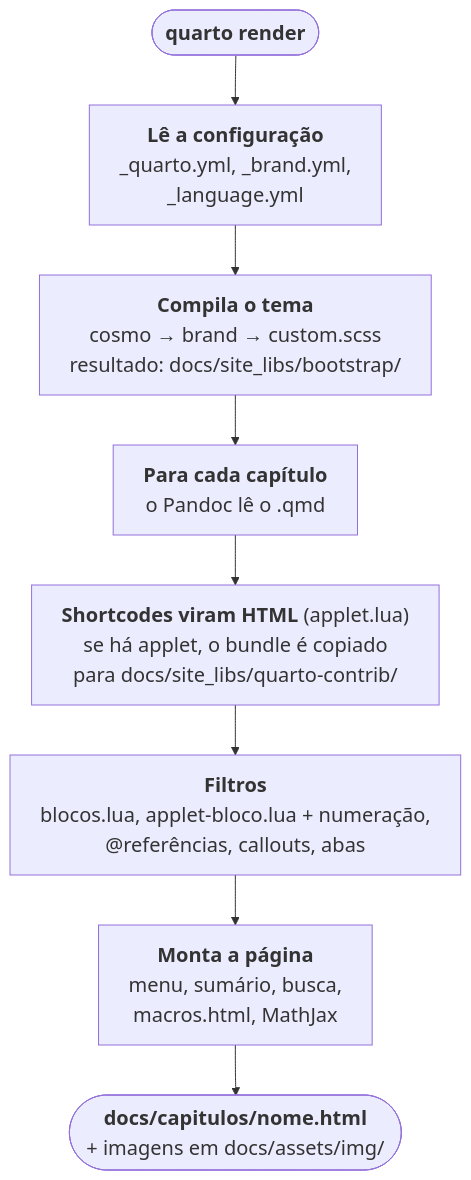
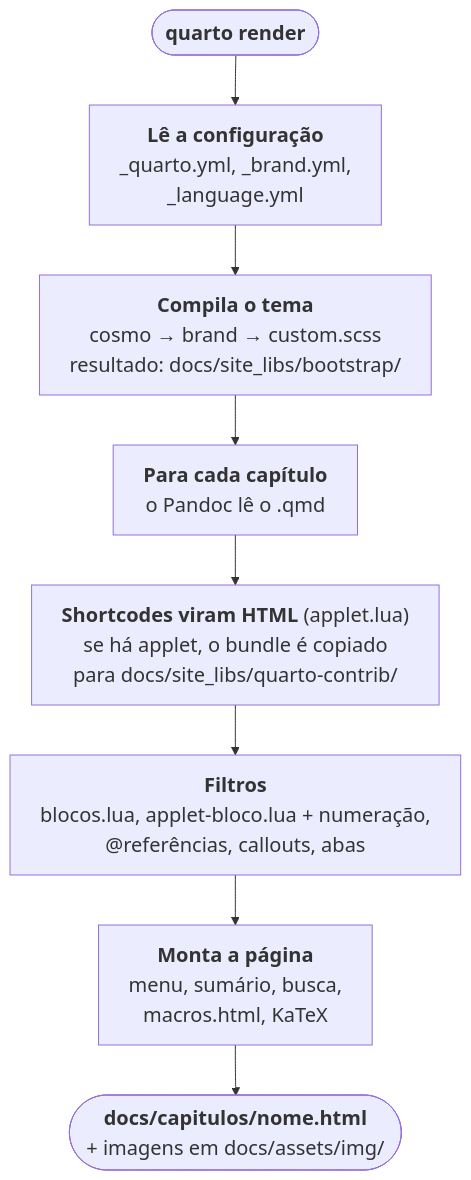
Before and after one commit to lcmerlo/livro-online-fcg: the sixth of 9 diagrams in _interno/diretrizes/arquitetura.md, drawn with Mermaid. The commit also changed other lines of this file and 4 other files, not shown here.

Commit message:
Registra a troca do MathJax pelo KaTeX nas diretrizes

````diff
--- a/_interno/diretrizes/arquitetura.md
+++ b/_interno/diretrizes/arquitetura.md
@@ -342,14 +343,14 @@
 ```mermaid
 %%{init: {"themeVariables": {"fontSize": "20px"}, "flowchart": {"wrappingWidth": 420}}}%%
 flowchart TD
     start(["<b>quarto render</b>"])
     cfg["<b>Lê a configuração</b><br/>_quarto.yml, _brand.yml,<br/>_language.yml"]
     theme["<b>Compila o tema</b><br/>cosmo → brand → custom.scss<br/>resultado: docs/site_libs/bootstrap/"]
     parse["<b>Para cada capítulo</b><br/>o Pandoc lê o .qmd"]
     sc["<b>Shortcodes viram HTML</b> (applet.lua)<br/>se há applet, o bundle é copiado<br/>para docs/site_libs/quarto-contrib/"]
     flt["<b>Filtros</b><br/>blocos.lua, applet-bloco.lua + numeração,<br/>@referências, callouts, abas"]
-    html["<b>Monta a página</b><br/>menu, sumário, busca,<br/>macros.html, MathJax"]
+    html["<b>Monta a página</b><br/>menu, sumário, busca,<br/>macros.html, KaTeX"]
     out(["<b>docs/capitulos/nome.html</b><br/>+ imagens em docs/assets/img/"])
 
     start --> cfg --> theme --> parse --> sc --> flt --> html --> out
 ```
````
